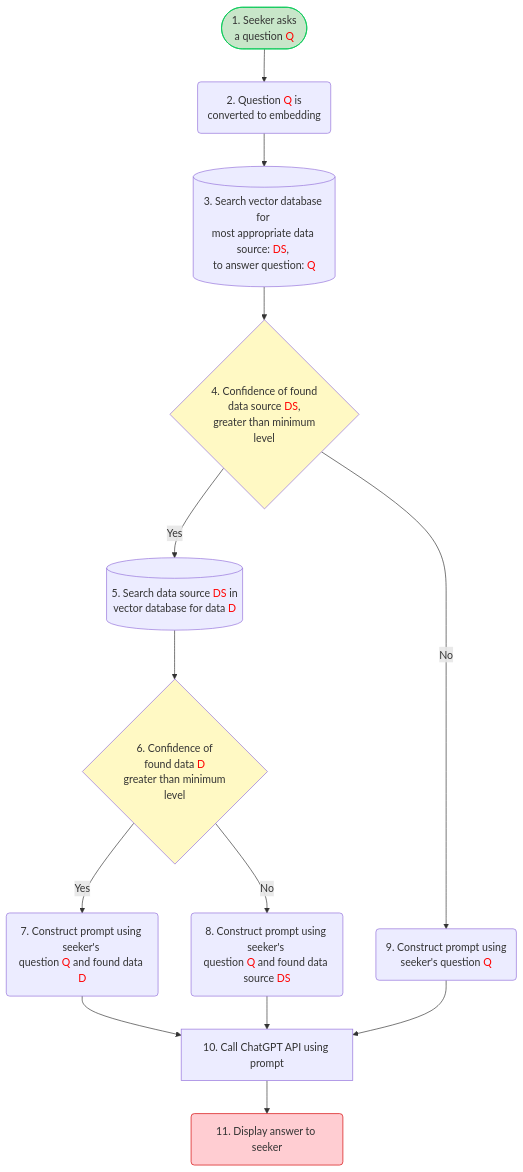
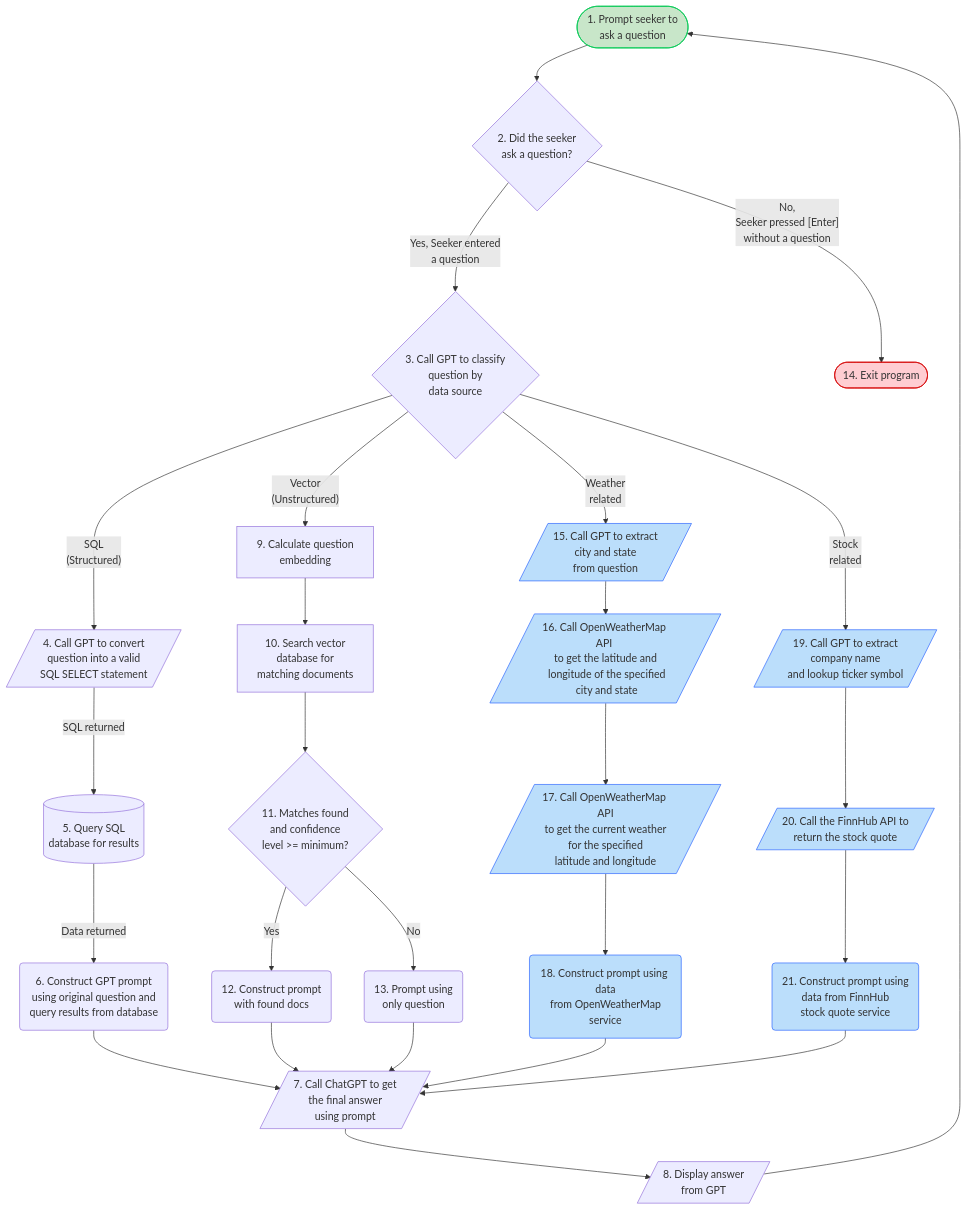
Before and after one commit to megerow/RAG: the diagram in README.markdown, drawn with Mermaid.

Commit message:
Update README.markdown
Edited

````diff
--- a/README.markdown
+++ b/README.markdown
@@ -1,19 +1,38 @@
 ```mermaid
 flowchart TD
-    1(["1. Seeker asks <br>a question <span style="color: red; font-style: bold;">Q</span>"]) --> 2("2. Question <span style="color: red; font-style: bold;">Q</span> is <br>converted to embedding")
-    2 --> 3[("3. Search vector database for <br>most appropriate data source: <span style="color: red; font-style: bold;">DS</span>, <br>to answer question: <span style="color: red; font-style: bold;">Q</span>")]
-    3 --> 4{"4. Confidence of found<br> data source <span style="color: red; font-style: bold;">DS</span>, <br>greater than minimum <br>level"}
-    4 -- Yes --> 4a[("5. Search data source  <span style="color: red; font-style: bold;">DS</span> in <br>vector database for data <span style="color: red; font-style: bold;">D</span>")]
-    4 -- No --> 5a("9. Construct prompt using <br>seeker's question <span style="color: red; font-style: bold;">Q</span>")
-    4a --> 4b{"6. Confidence of <br>found data  <span style="color: red; font-style: bold;">D</span><br>  greater than minimum <br>level"}
-    4b -- Yes --> 4bi("7. Construct prompt using seeker's <br>question <span style="color: red; font-style: bold;">Q</span> and found data <span style="color: red; font-style: bold;">D</span>")
-    4bi --> 4bii["10. Call ChatGPT API using prompt"]
-    4bii --> 4biii("11. Display answer to seeker")
-    4b -- No --> 4ci("8. Construct prompt using seeker's <br>question <span style="color: red; font-style: bold;">Q</span> and found data source <span style="color: red; font-style: bold;">DS</span>")
-    4ci --> 4bii
-    5a --> 4bii
-    style 1 stroke:#00C853,fill:#C8E6C9
-    style 4 fill:#FFF9C4
-    style 4b stroke-width:1px,stroke-dasharray: 0,fill:#FFF9C4
-    style 4biii stroke:#D50000,fill:#FFCDD2
+    ng(["1. Prompt seeker to<br> ask a question"]) --> nz{"2. Did the seeker <br>ask a question?"}
+    nz -- Yes, Seeker entered<br> a question --> nb{"3. Call GPT to classify<br>question by<br>data source"}
+    nd[/"4. Call GPT to convert <br>question into a valid <br>SQL SELECT statement"/] -- SQL returned --> n3[("5. Query SQL <br>database for results")]
+    n3 -- Data returned --> nf("6. Construct GPT prompt<br> using original question and <br>query results from database")
+    nf --> nr[/"7. Call ChatGPT to get<br>the final answer<br> using prompt"/]
+    nr --> nk[/"8. Display answer<br> from GPT"/]
+    nk --> ng
+    nz -- No, <br>Seeker pressed [Enter]<br> without a question --> na(["14. Exit program"])
+    nb -- SQL<br>(Structured) --> nd
+    nb -- Vector<br>(Unstructured) --> n8["9. Calculate question <br>embedding"]
+    n8 --> nj["10. Search vector<br>database for<br>matching documents"]
+    nj --> n6{"11. Matches found<br>and confidence<br>level &gt;= minimum?"}
+    n6 -- Yes --> nq("12. Construct prompt<br>with found docs")
+    n6 -- No --> ns("13. Prompt using <br>only question")
+    nq --> nr
+    ns --> nr
+    nb -- Weather<br>related --> nc[/"15. Call GPT to extract<br>city and state<br>from question"/]
+    nb -- Stock<br>related --> n5[/"19. Call GPT to extract<br>company name<br>and lookup ticker symbol"/]
+    nc --> ni[/"16. Call OpenWeatherMap API <br>to get the latitude and<br> longitude of the specified<br> city and state"/]
+    ni --> nl[/"17. Call OpenWeatherMap API<br>to get the current weather<br>for the specified<br>latitude and longitude"/]
+    n5 --> no[/"20. Call the FinnHub API to<br>return the stock quote"/]
+    nl --> n2("18. Construct prompt using data<br>from OpenWeatherMap<br>service")
+    n2 --> nr
+    no --> nu("21. Construct prompt using<br>data from FinnHub<br>stock quote service")
+    nu --> nr
+    style ng stroke:#00C853,fill:#C8E6C9
+    style na stroke:#D50000,fill:#FFCDD2
+    style nc stroke:#2962FF,fill:#BBDEFB
+    style n5 stroke:#2962FF,fill:#BBDEFB
+    style ni stroke:#2962FF,fill:#BBDEFB
+    style nl stroke:#2962FF,fill:#BBDEFB
+    style no stroke:#2962FF,fill:#BBDEFB
+    style n2 stroke:#2962FF,fill:#BBDEFB
+    style nu stroke:#2962FF,fill:#BBDEFB
+
 ```
````
